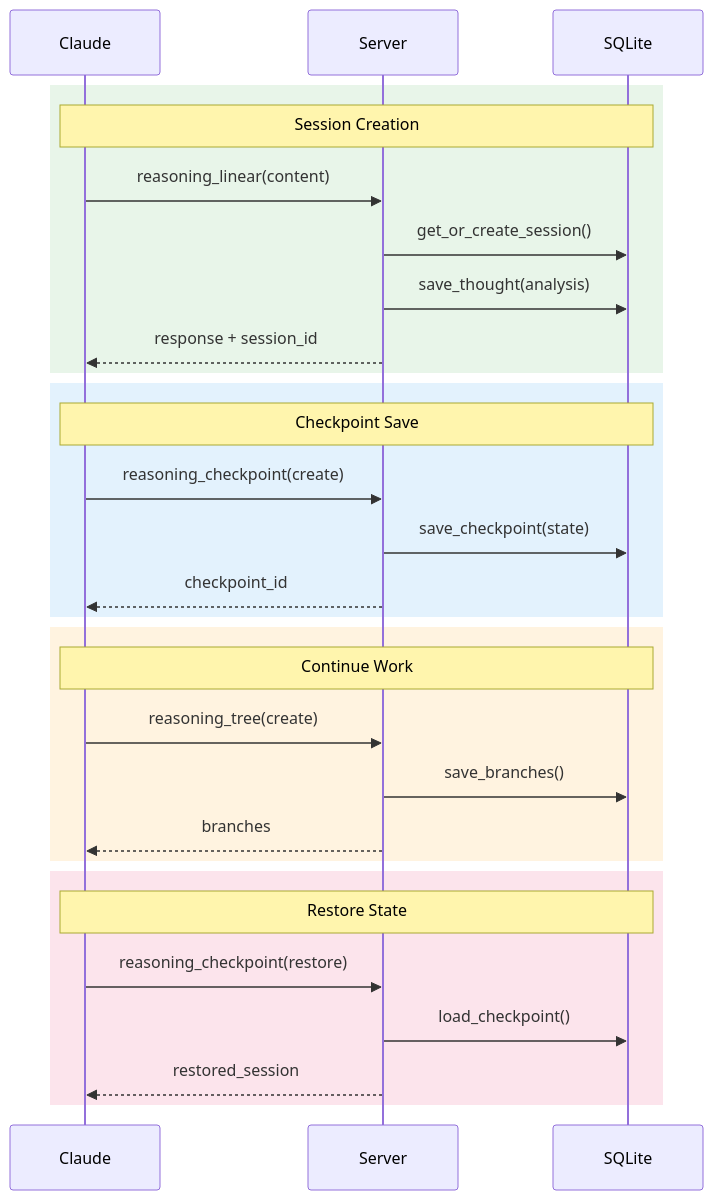
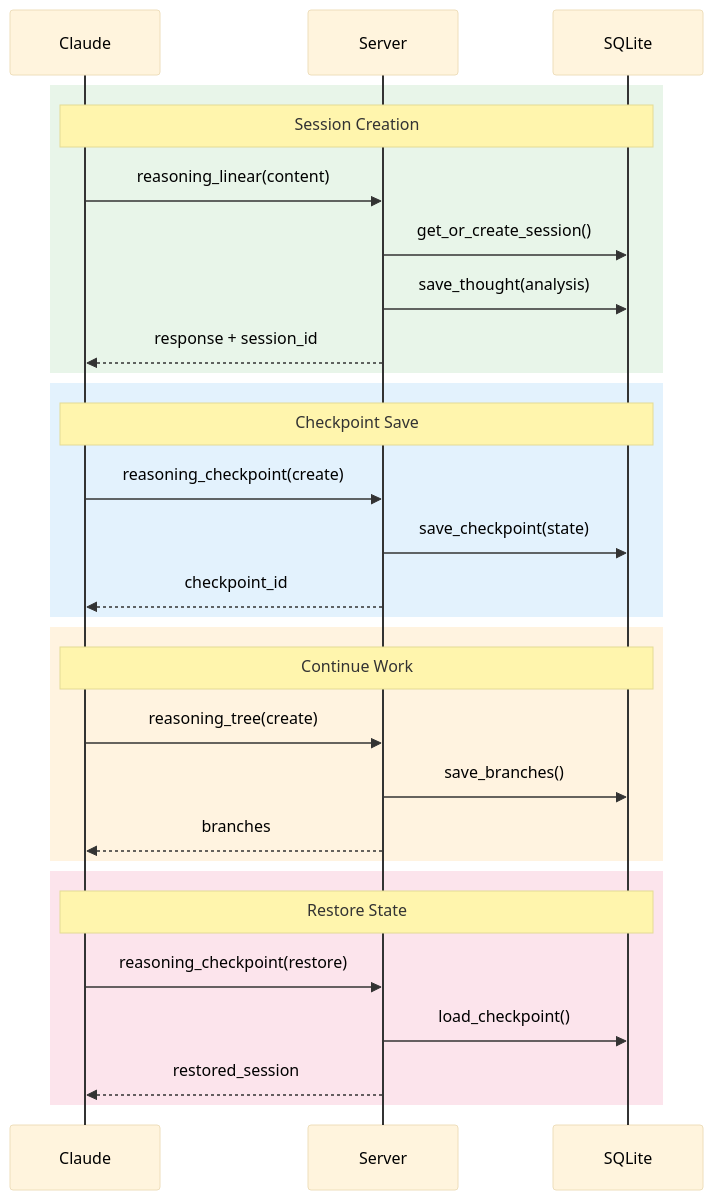
The third of 6 diagrams in README.md (quanticsoul4772/mcp-reasoning), drawn with Mermaid before and after one commit. The commit also changed other lines of this file, not shown here.

First line of the commit message:
docs: Fix Mermaid diagram text colors for dark mode readability

````diff
--- a/README.md
+++ b/README.md
@@ -152,35 +153,36 @@
 ```mermaid
+%%{init: {'theme': 'base', 'themeVariables': {'actorTextColor': '#000', 'signalTextColor': '#000', 'noteFontColor': '#000', 'actorLineColor': '#333', 'signalColor': '#333', 'labelTextColor': '#000'}}}%%
 sequenceDiagram
     participant C as Claude
     participant S as Server
     participant DB as SQLite
 
     rect rgb(232, 245, 233)
         Note over C,DB: Session Creation
         C->>S: reasoning_linear(content)
         S->>DB: get_or_create_session()
         S->>DB: save_thought(analysis)
         S-->>C: response + session_id
     end
 
     rect rgb(227, 242, 253)
         Note over C,DB: Checkpoint Save
         C->>S: reasoning_checkpoint(create)
         S->>DB: save_checkpoint(state)
         S-->>C: checkpoint_id
     end
 
     rect rgb(255, 243, 224)
         Note over C,DB: Continue Work
         C->>S: reasoning_tree(create)
         S->>DB: save_branches()
         S-->>C: branches
     end
 
     rect rgb(252, 228, 236)
         Note over C,DB: Restore State
         C->>S: reasoning_checkpoint(restore)
         S->>DB: load_checkpoint()
         S-->>C: restored_session
     end
 ```
````
